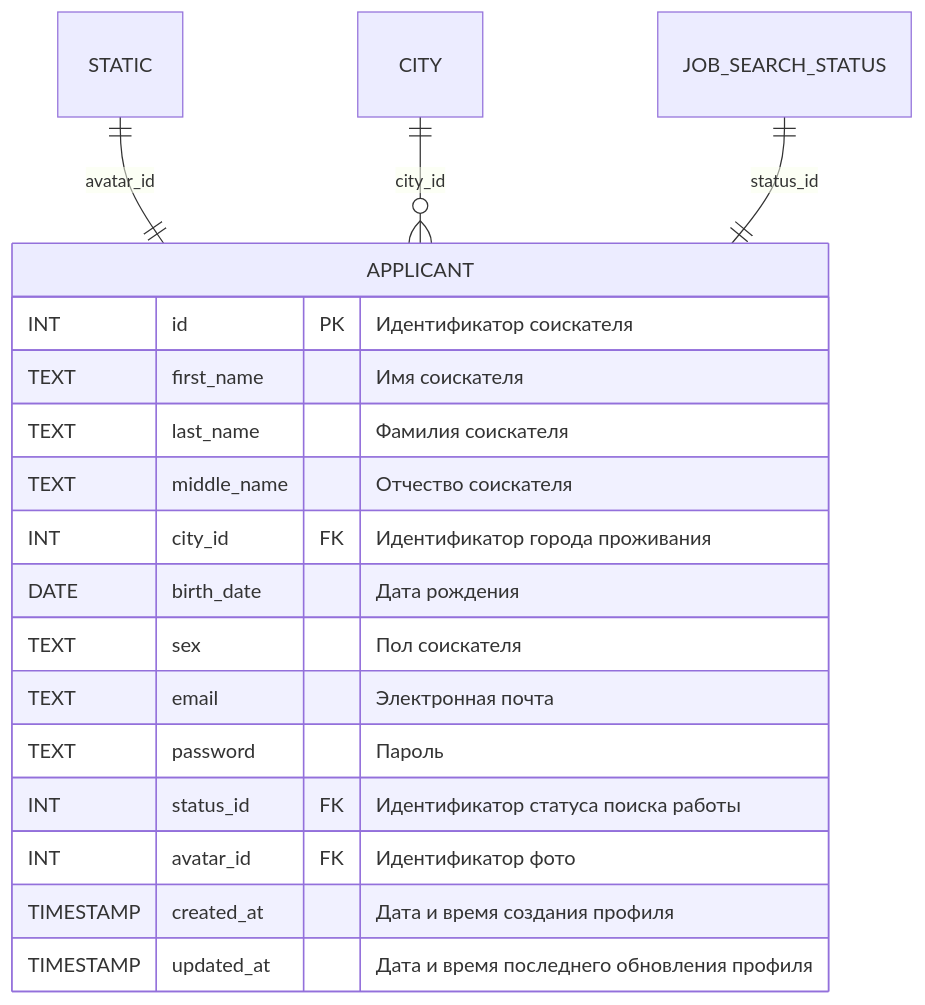
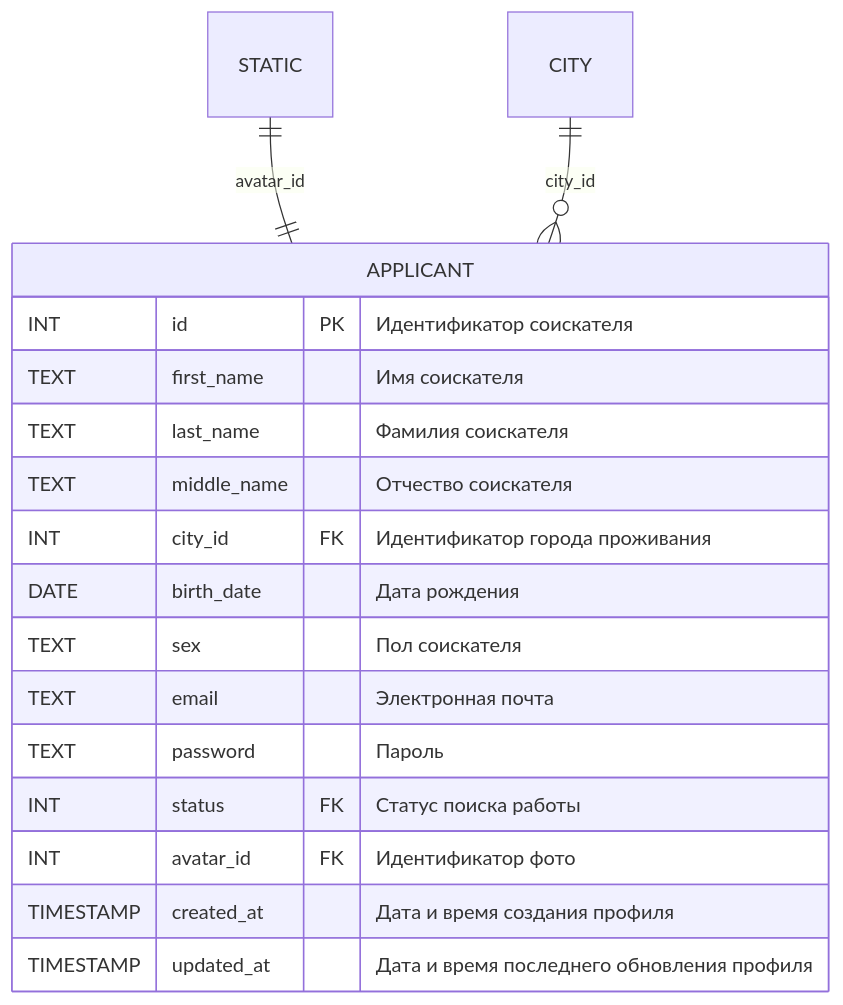
One commit to go-park-mail-ru/2025_1_Orange changed the second of 19 diagrams in db/normalized/relations.md. Above: the diagram before and after it, drawn with Mermaid. The commit also changed other lines of this file and 1 other file, not shown here.

````diff
--- a/db/normalized/relations.md
+++ b/db/normalized/relations.md
@@ -63,21 +63,20 @@
 ```mermaid
 erDiagram
     APPLICANT {
         INT id PK "Идентификатор соискателя"
         TEXT first_name "Имя соискателя"
         TEXT last_name "Фамилия соискателя"
         TEXT middle_name "Отчество соискателя"
         INT city_id FK "Идентификатор города проживания"
         DATE birth_date "Дата рождения"
         TEXT sex "Пол соискателя"
         TEXT email "Электронная почта"
         TEXT password "Пароль"
-        INT status_id FK "Идентификатор статуса поиска работы"
+        INT status FK "Статус поиска работы"
         INT avatar_id FK "Идентификатор фото"
         TIMESTAMP created_at "Дата и время создания профиля"
         TIMESTAMP updated_at "Дата и время последнего обновления профиля"
     }
     STATIC ||--|| APPLICANT : "avatar_id"
     CITY ||--o{ APPLICANT : "city_id"
-    JOB_SEARCH_STATUS ||--|| APPLICANT : "status_id"
 ```
````
